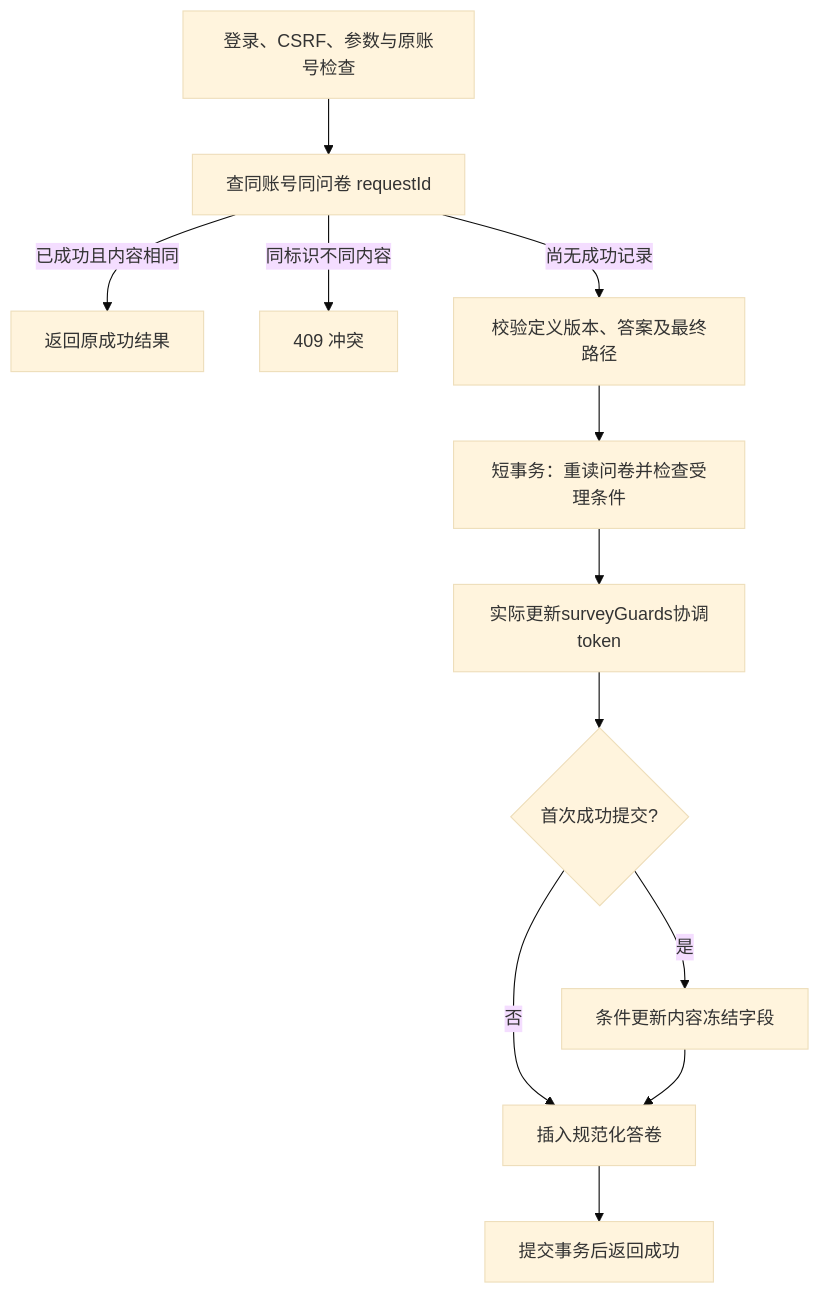
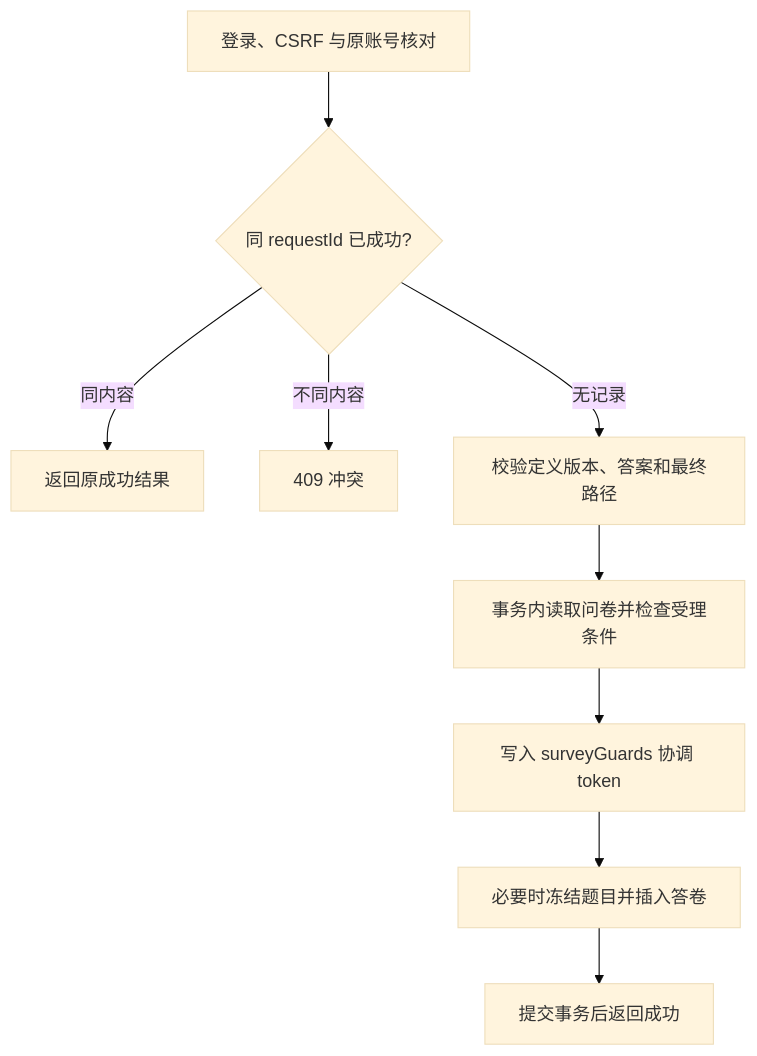
One commit to ShrHang/DB_LEARNING changed the second of 2 diagrams in docs/design.md. Above: the diagram before and after it, drawn with Mermaid (base theme). The commit also changed other lines of this file and 14 other files, not shown here.

````diff
--- a/docs/design.md
+++ b/docs/design.md
@@ -129,14 +62,11 @@
 ```mermaid
 flowchart TD
-  A[登录、CSRF、参数与原账号检查] --> B[查同账号同问卷 requestId]
-  B -->|已成功且内容相同| R[返回原成功结果]
-  B -->|同标识不同内容| X[409 冲突]
-  B -->|尚无成功记录| C[校验定义版本、答案及最终路径]
-  C --> D[短事务：重读问卷并检查受理条件]
-  D --> J[实际更新surveyGuards协调token]
-  J --> E{首次成功提交?}
-  E -->|是| F[条件更新内容冻结字段]
-  E -->|否| G[插入规范化答卷]
-  F --> G
-  G --> H[提交事务后返回成功]
+  A[登录、CSRF 与原账号核对] --> B{同 requestId 已成功?}
+  B -->|同内容| R[返回原成功结果]
+  B -->|不同内容| X[409 冲突]
+  B -->|无记录| C[校验定义版本、答案和最终路径]
+  C --> D[事务内读取问卷并检查受理条件]
+  D --> E[写入 surveyGuards 协调 token]
+  E --> F[必要时冻结题目并插入答卷]
+  F --> G[提交事务后返回成功]
 ```
````
